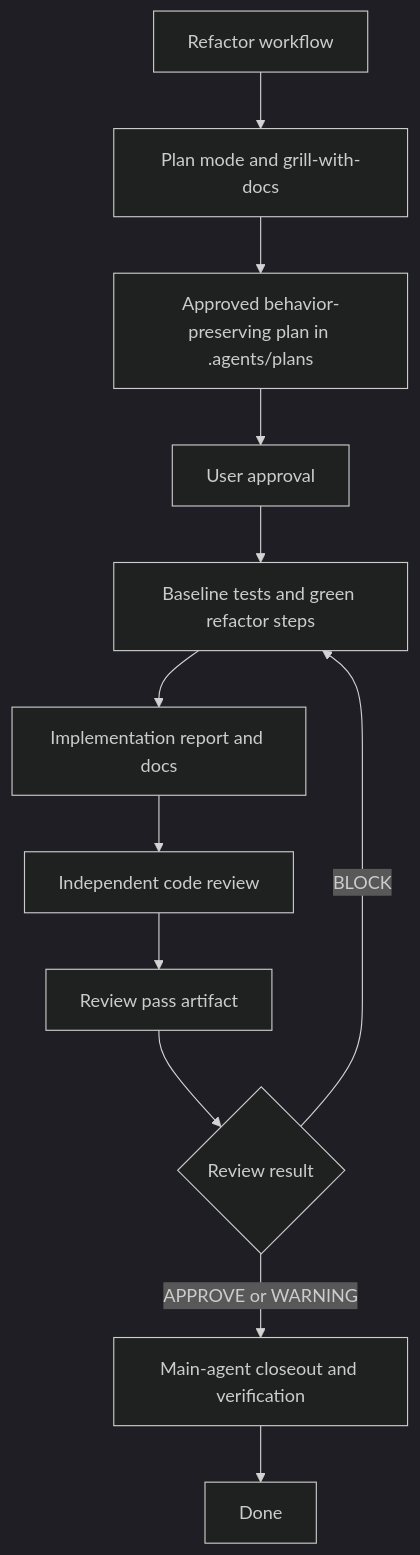
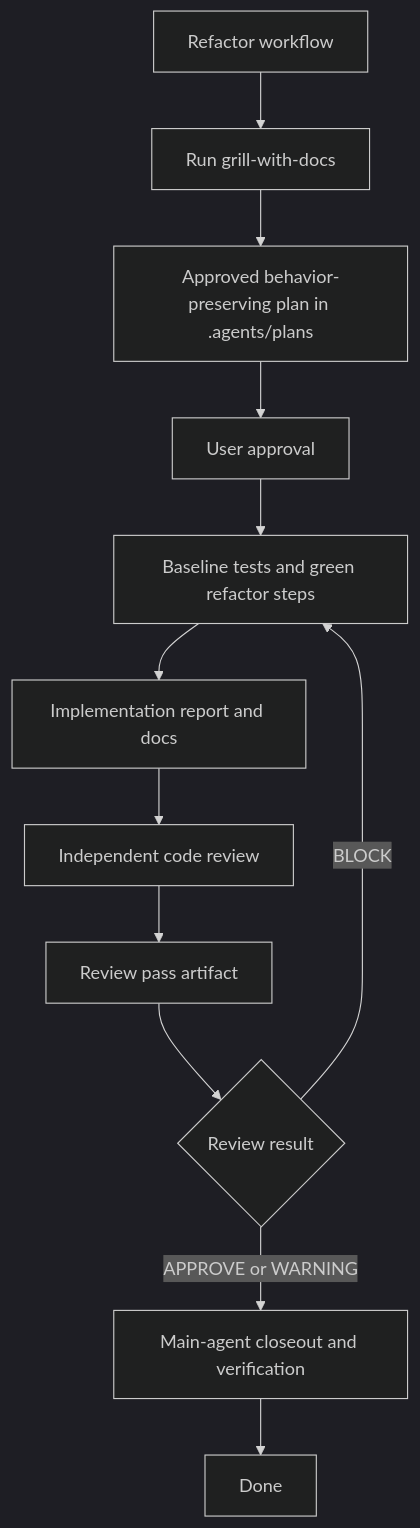
The third of 4 diagrams in README.md (aloilor/lean-coding-agent), drawn with Mermaid (dark theme) before and after one commit. The commit also changed other lines of this file and 10 other files, not shown here.

````diff
--- a/README.md
+++ b/README.md
@@ -80,14 +80,14 @@
 ```mermaid
 flowchart TD
-    A[Refactor workflow] --> B[Plan mode and grill-with-docs]
+    A[Refactor workflow] --> B[Run grill-with-docs]
     B --> C[Approved behavior-preserving plan in .agents/plans]
     C --> D[User approval]
     D --> E[Baseline tests and green refactor steps]
     E --> F[Implementation report and docs]
     F --> G[Independent code review]
     G --> H[Review pass artifact]
     H --> I{Review result}
     I -->|BLOCK| E
     I -->|APPROVE or WARNING| J[Main-agent closeout and verification]
     J --> K[Done]
 ```
````
